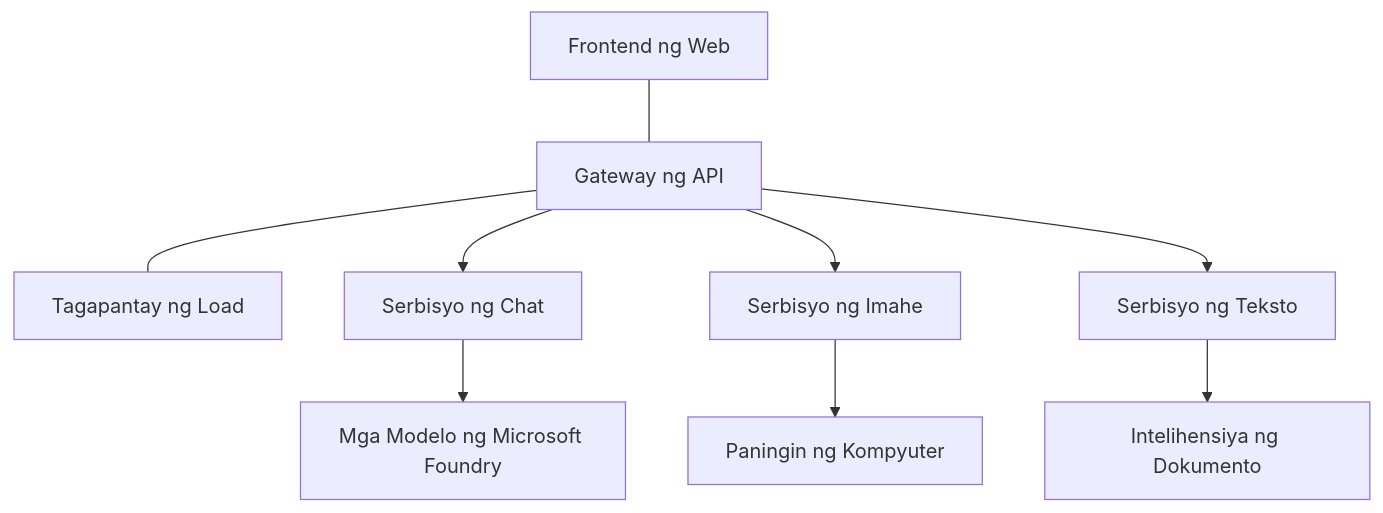
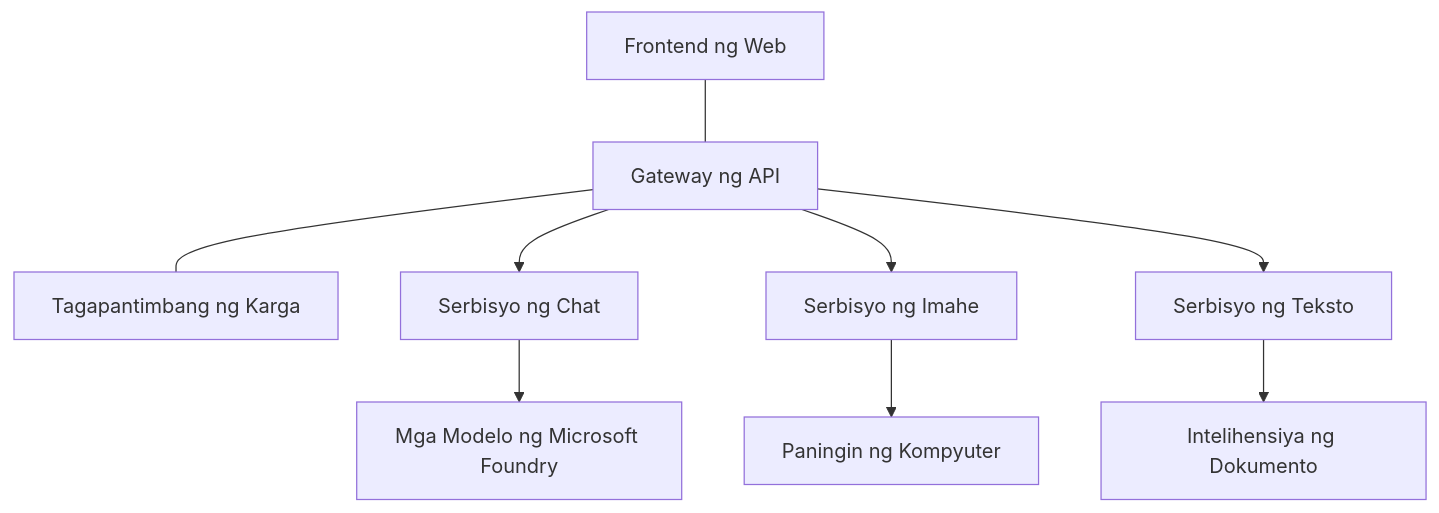
One commit to microsoft/AZD-for-beginners changed the diagram in translations/tl/docs/chapter-08-production/production-ai-practices.md. Above: the diagram before and after it, drawn with Mermaid. The commit also changed other lines of this file and 104 other files, not shown here.

````diff
--- a/translations/tl/docs/chapter-08-production/production-ai-practices.md
+++ b/translations/tl/docs/chapter-08-production/production-ai-practices.md
@@ -30,10 +30,10 @@
 ```mermaid
 graph TD
-    Frontend[Frontend ng Web] --- Gateway[Gateway ng API] --- LB[Tagapantay ng Load]
+    Frontend[Frontend ng Web] --- Gateway[Gateway ng API] --- LB[Tagapantimbang ng Karga]
     Gateway --> Chat[Serbisyo ng Chat]
     Gateway --> Image[Serbisyo ng Imahe]
     Gateway --> Text[Serbisyo ng Teksto]
     Chat --> OpenAI[Mga Modelo ng Microsoft Foundry]
     Image --> Vision[Paningin ng Kompyuter]
     Text --> DocIntel[Intelihensiya ng Dokumento]
 ```
````
